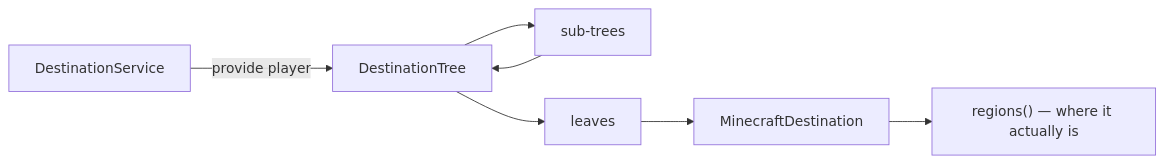
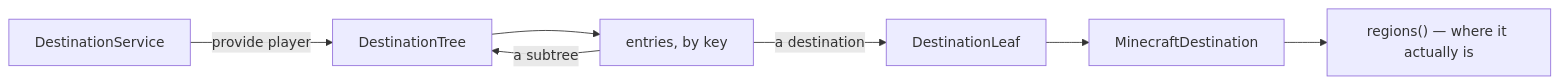
The diagram in docs/docs/developers/destinations.md (CobblestoneMC/cobblestone), drawn with Mermaid before and after one commit. The commit also changed other lines of this file and 28 other files, not shown here.

````diff
--- a/docs/docs/developers/destinations.md
+++ b/docs/docs/developers/destinations.md
@@ -13,9 +13,9 @@
 ```mermaid
 flowchart LR
     A[DestinationService] -->|provide player| B[DestinationTree]
-    B --> C[sub-trees]
-    B --> D[leaves]
-    C --> B
+    B --> C[entries, by key]
+    C -->|a destination| D[DestinationLeaf]
+    C -->|a subtree| B
     D --> E[MinecraftDestination]
     E --> F["regions() — where it actually is"]
 ```
````
